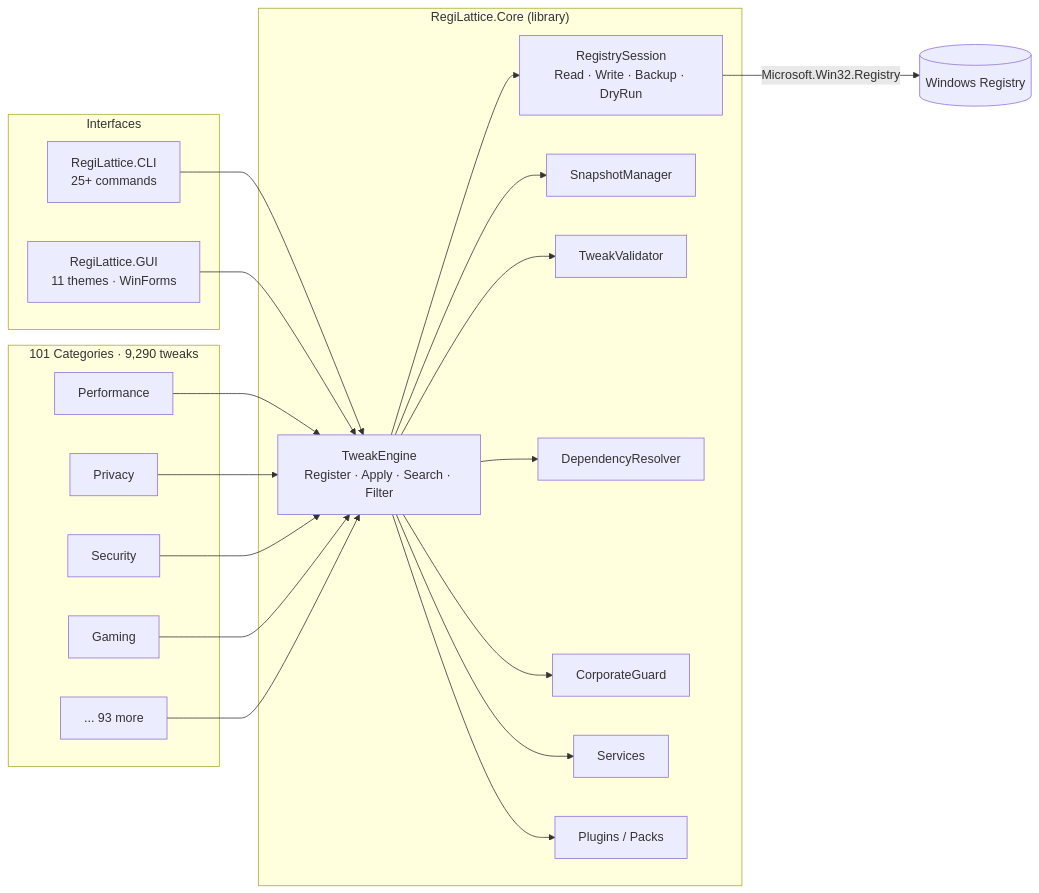
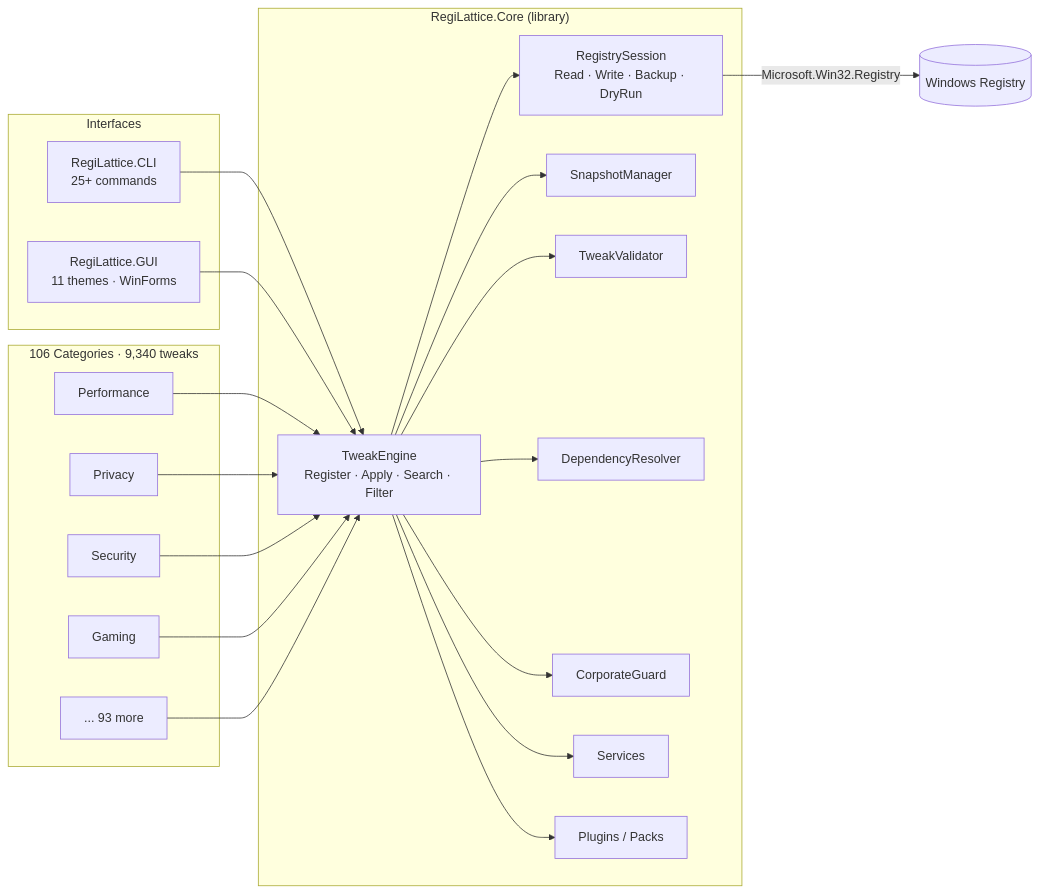
One commit to RajwanYair/RegiLattice changed the first of 2 diagrams in README.md. Above: the diagram before and after it, drawn with Mermaid. The commit also changed other lines of this file and 16 other files, not shown here.

````diff
--- a/README.md
+++ b/README.md
@@ -88,38 +88,38 @@
 ```mermaid
 graph LR
     subgraph Interfaces
         CLI[RegiLattice.CLI<br/>25+ commands]
         GUI[RegiLattice.GUI<br/>11 themes · WinForms]
     end
 
     subgraph Core["RegiLattice.Core (library)"]
         TE[TweakEngine<br/>Register · Apply · Search · Filter]
         RS[RegistrySession<br/>Read · Write · Backup · DryRun]
         SM[SnapshotManager]
         TV[TweakValidator]
         DR[DependencyResolver]
         CG[CorporateGuard]
         SV[Services]
         PM[Plugins / Packs]
     end
 
-    subgraph Tweaks["101 Categories · 9,290 tweaks"]
+    subgraph Tweaks["106 Categories · 9,340 tweaks"]
         T1[Performance]
         T2[Privacy]
         T3[Security]
         T4[Gaming]
         TN[... 93 more]
     end
 
     CLI --> TE
     GUI --> TE
     TE --> RS
     TE --> SM
     TE --> TV
     TE --> DR
     TE --> CG
     TE --> SV
     TE --> PM
     T1 & T2 & T3 & T4 & TN --> TE
     RS -->|Microsoft.Win32.Registry| WR[(Windows Registry)]
 ```
````
